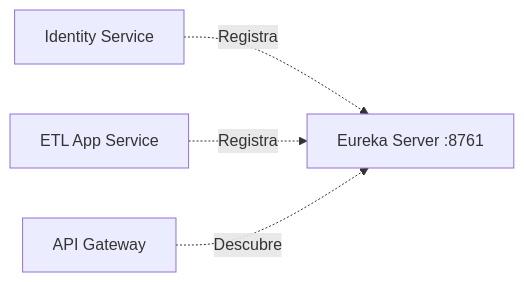
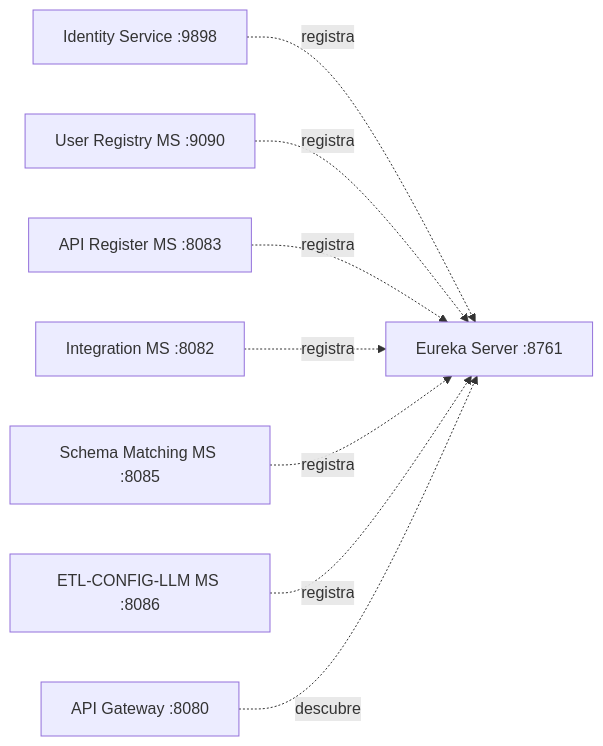
The fourth of 7 diagrams in README.md (ByAncort/ETL-BACKEND), drawn with Mermaid before and after one commit. The commit also changed other lines of this file, not shown here.

````diff
--- a/README.md
+++ b/README.md
@@ -130,7 +305,11 @@
 ```mermaid
 graph LR
     E["Eureka Server :8761"]
-    ID["Identity Service"] -.->|"Registra"| E
-    APP["ETL App Service"] -.->|"Registra"| E
-    GW["API Gateway"] -.->|"Descubre"| E
+    ID["Identity Service :9898"]   -.->|registra| E
+    UR["User Registry MS :9090"]   -.->|registra| E
+    AR["API Register MS :8083"]    -.->|registra| E
+    INT["Integration MS :8082"]    -.->|registra| E
+    SM["Schema Matching MS :8085"] -.->|registra| E
+    LLM["ETL-CONFIG-LLM MS :8086"] -.->|registra| E
+    GW["API Gateway :8080"]        -.->|descubre| E
 ```
````
